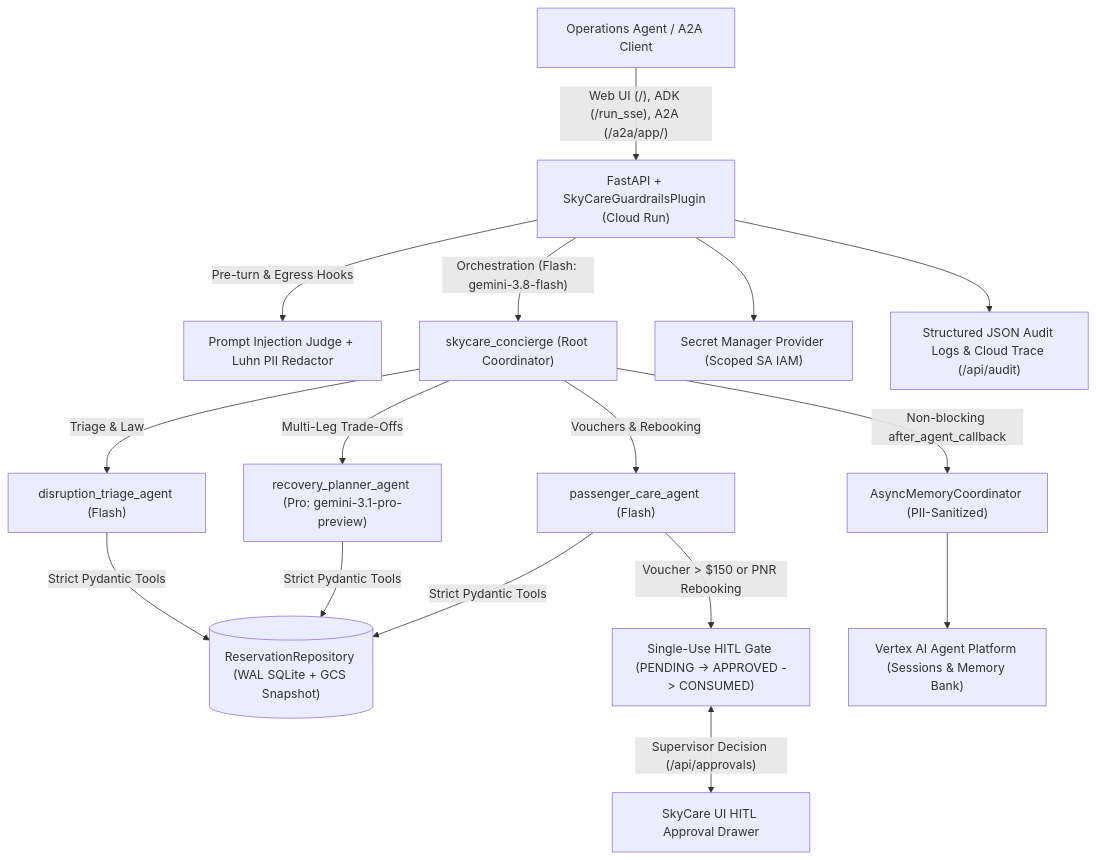
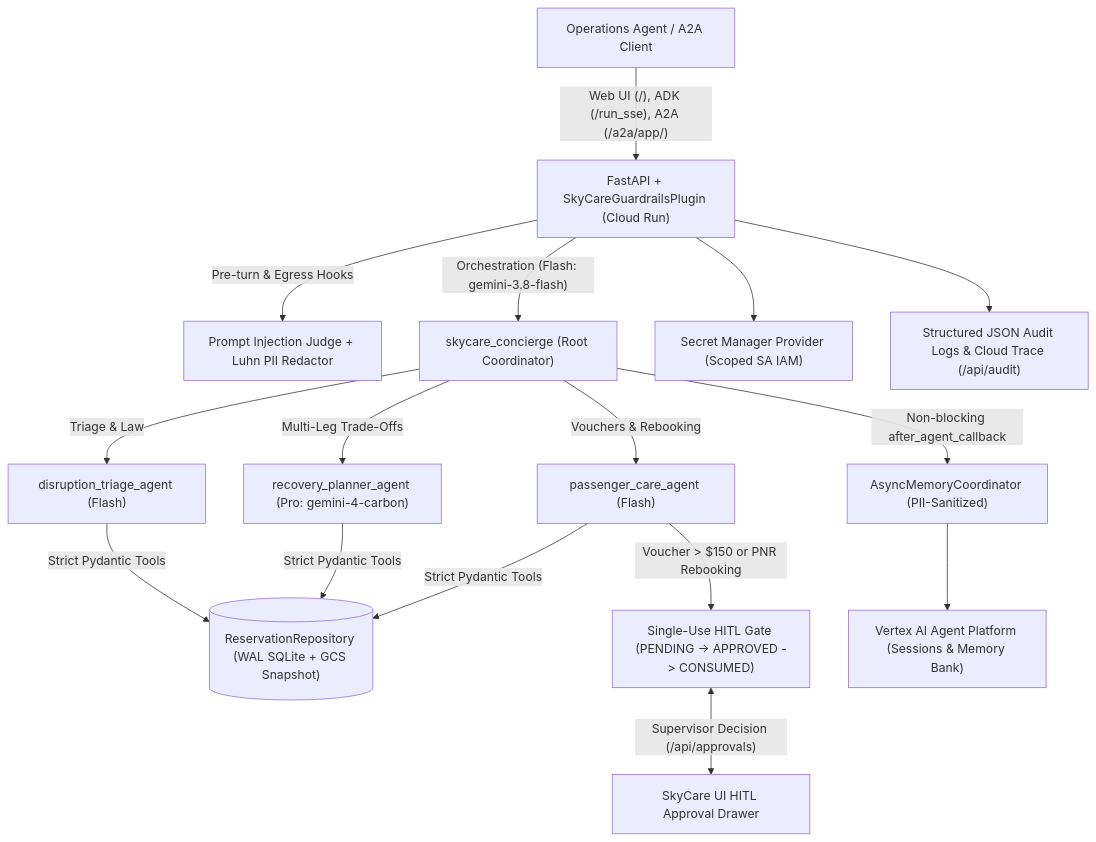
One commit to tpiaggio/skycare-concierge changed the diagram in README.md. Above: the diagram before and after it, drawn with Mermaid. The commit also changed other lines of this file and 9 other files, not shown here.

Commit message:
Upgrade Pro planner model from gemini-3.1-pro-preview to gemini-4-carbon

````diff
--- a/README.md
+++ b/README.md
@@ -17,20 +17,20 @@
 ```mermaid
 flowchart TD
     Operator["Operations Agent / A2A Client"] -->|"Web UI (/), ADK (/run_sse), A2A (/a2a/app/)"| API["FastAPI + SkyCareGuardrailsPlugin (Cloud Run)"]
 
     API -->|"Pre-turn & Egress Hooks"| Guard["Prompt Injection Judge + Luhn PII Redactor"]
     API -->|"Orchestration (Flash: gemini-3.8-flash)"| Coord["skycare_concierge (Root Coordinator)"]
 
     Coord -->|"Triage & Law"| Triage["disruption_triage_agent (Flash)"]
-    Coord -->|"Multi-Leg Trade-Offs"| Planner["recovery_planner_agent (Pro: gemini-3.1-pro-preview)"]
+    Coord -->|"Multi-Leg Trade-Offs"| Planner["recovery_planner_agent (Pro: gemini-4-carbon)"]
     Coord -->|"Vouchers & Rebooking"| Care["passenger_care_agent (Flash)"]
 
     Triage & Planner & Care -->|"Strict Pydantic Tools"| Repo[("ReservationRepository (WAL SQLite + GCS Snapshot)")]
     Care -->|"Voucher > $150 or PNR Rebooking"| HITL["Single-Use HITL Gate (PENDING -> APPROVED -> CONSUMED)"]
     HITL <-->|"Supervisor Decision (/api/approvals)"| Drawer["SkyCare UI HITL Approval Drawer"]
 
     Coord -->|"Non-blocking after_agent_callback"| AsyncMem["AsyncMemoryCoordinator (PII-Sanitized)"]
     AsyncMem --> MemBank["Vertex AI Agent Platform (Sessions & Memory Bank)"]
     API --> Secrets["Secret Manager Provider (Scoped SA IAM)"]
     API --> OTel["Structured JSON Audit Logs & Cloud Trace (/api/audit)"]
 ```
````
